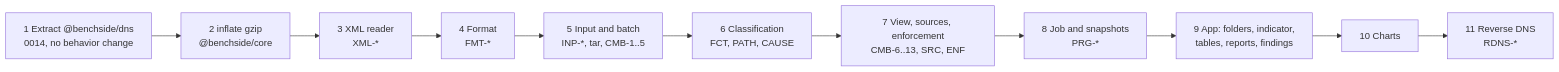
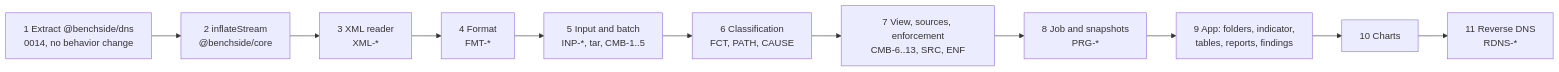
The fourth of 4 diagrams in docs/explanation/dmarc-aggregate-architecture.md (photom/benchside), drawn with Mermaid before and after one commit. The commit also changed other lines of this file and 9 other files, not shown here.

````diff
--- a/docs/explanation/dmarc-aggregate-architecture.md
+++ b/docs/explanation/dmarc-aggregate-architecture.md
@@ -124,13 +125,13 @@
 ```mermaid
 flowchart LR
-  s1["1 Extract @benchside/dns<br/>0014, no behavior change"] --> s2["2 inflate gzip<br/>@benchside/core"]
+  s1["1 Extract @benchside/dns<br/>0014, no behavior change"] --> s2["2 inflateStream<br/>@benchside/core"]
   s2 --> s3["3 XML reader<br/>XML-*"]
   s3 --> s4["4 Format<br/>FMT-*"]
   s4 --> s5["5 Input and batch<br/>INP-*, tar, CMB-1..5"]
   s5 --> s6["6 Classification<br/>FCT, PATH, CAUSE"]
   s6 --> s7["7 View, sources, enforcement<br/>CMB-6..13, SRC, ENF"]
   s7 --> s8["8 Job and snapshots<br/>PRG-*"]
   s8 --> s9["9 App: folders, indicator,<br/>tables, reports, findings"]
   s9 --> s10["10 Charts"]
   s10 --> s11["11 Reverse DNS<br/>RDNS-*"]
 ```
````
